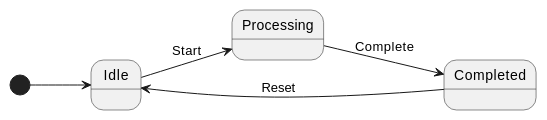
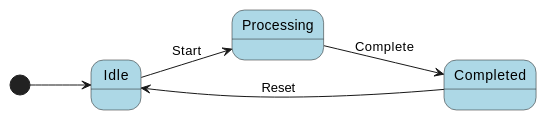
The first of 2 diagrams in libs/fsm/README.rst (adel-mamin/amast), drawn with PlantUML before and after one commit. The commit also changed 3 other files, not shown here.

```diff
--- a/libs/fsm/README.rst
+++ b/libs/fsm/README.rst
@@ -56,17 +56,17 @@
 .. uml::
 
     @startuml
 
     left to right direction
 
     [*] --> Idle
 
-    state Idle
-    state Processing
-    state Completed
+    state Idle #LightBlue
+    state Processing #LightBlue
+    state Completed #LightBlue
 
     Idle --> Processing : Start
     Processing --> Completed : Complete
     Completed --> Idle : Reset
 
     @enduml
```
